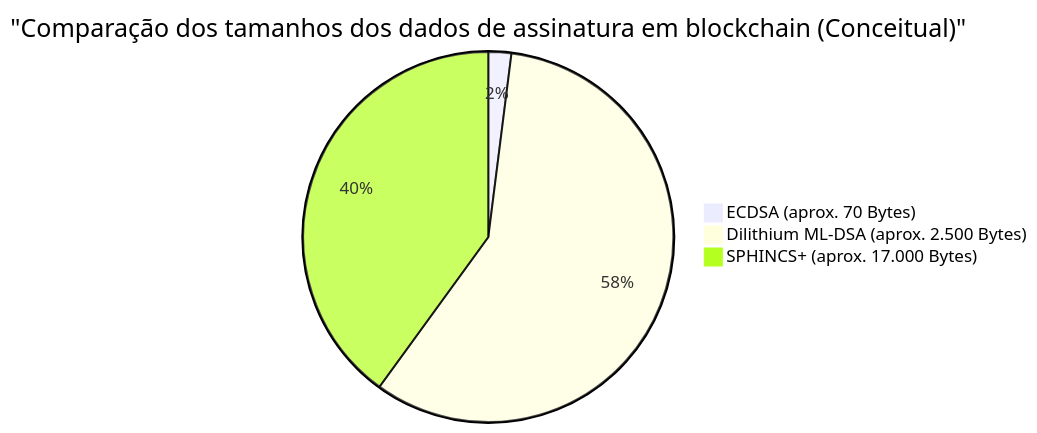
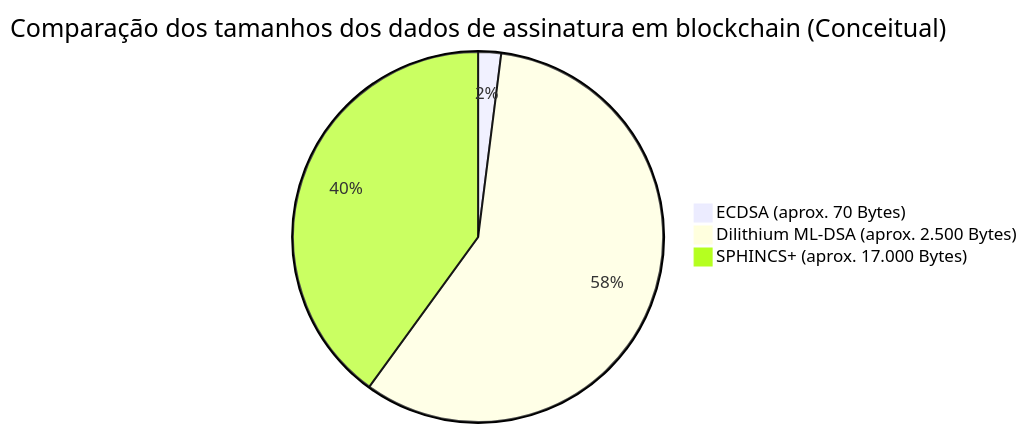
One commit to kenjinote/blog changed the third of 3 diagrams in content/post/ポスト量子時代のブロックチェーン/index.pt.md. Above: the diagram before and after it, drawn with Mermaid. The commit also changed other lines of this file and 703 other files, not shown here.

Commit message:
Fix: Remove quotes from Mermaid link texts and timeline definitions to support Mermaid 11.4.1

````diff
--- a/content/post/ポスト量子時代のブロックチェーン/index.pt.md
+++ b/content/post/ポスト量子時代のブロックチェーン/index.pt.md
@@ -277,6 +277,6 @@
 ```mermaid
-pie title "Comparação dos tamanhos dos dados de assinatura em blockchain (Conceitual)"
+pie title Comparação dos tamanhos dos dados de assinatura em blockchain (Conceitual)
     "ECDSA (aprox. 70 Bytes)" : 2
     "Dilithium ML-DSA (aprox. 2.500 Bytes)" : 58
     "SPHINCS+ (aprox. 17.000 Bytes)" : 40
 ```
````
